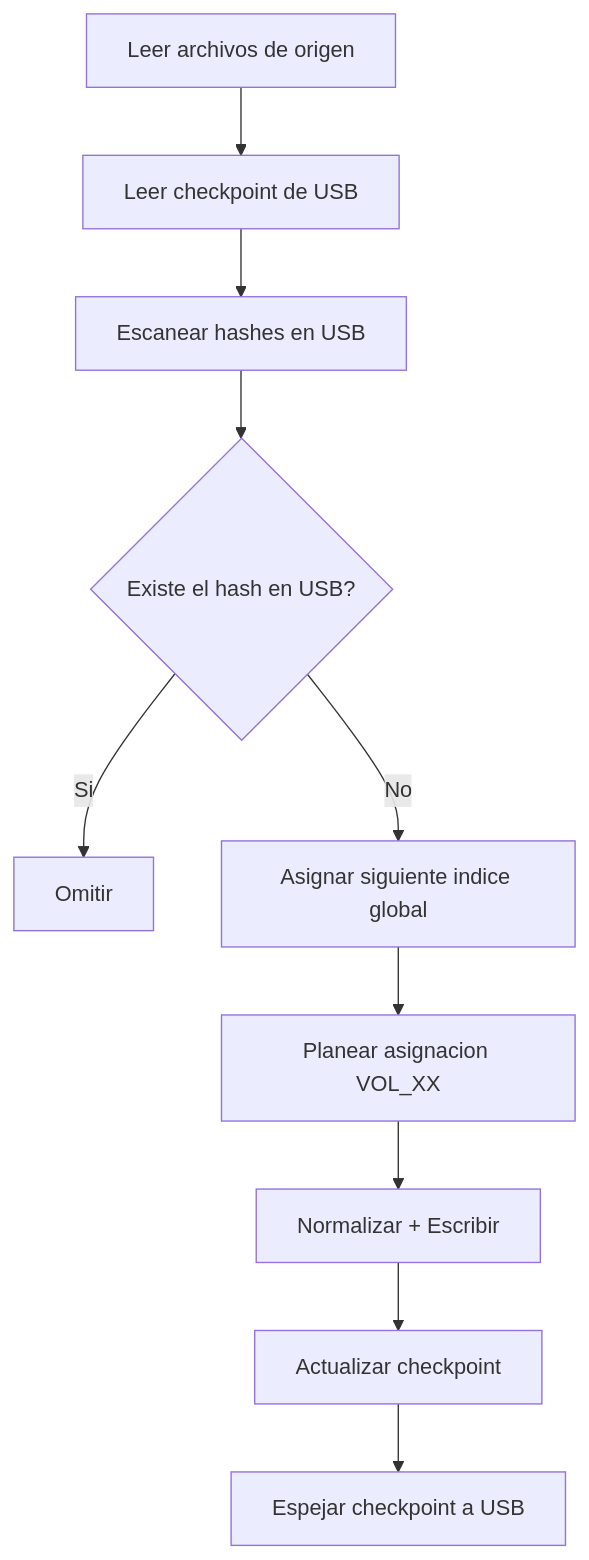
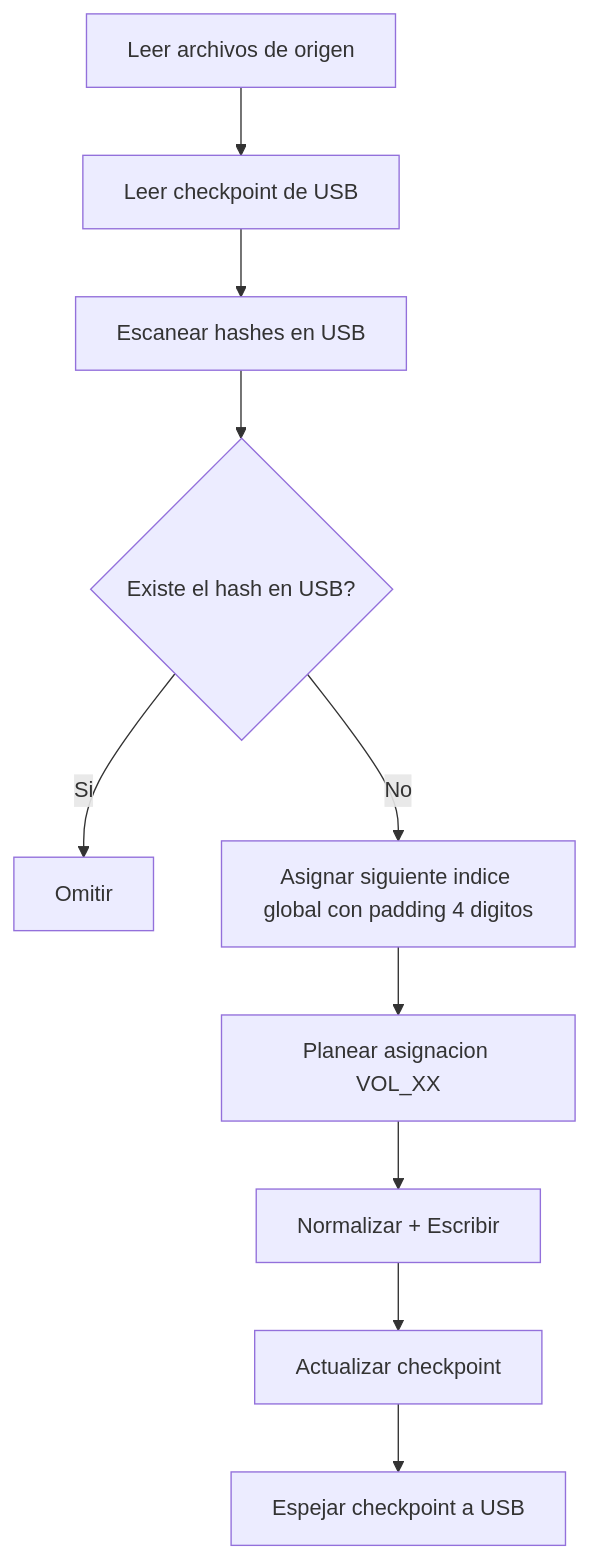
Before and after one commit to luisrc722/legacy-audio-provisioner: the diagram in docs/spec/OPERATIONAL_DECISIONS.md, drawn with Mermaid. The commit also changed other lines of this file, not shown here.

````diff
--- a/docs/spec/OPERATIONAL_DECISIONS.md
+++ b/docs/spec/OPERATIONAL_DECISIONS.md
@@ -152,12 +228,12 @@
 ```mermaid
 flowchart TD
     A[Leer archivos de origen] --> B[Leer checkpoint de USB]
     B --> C[Escanear hashes en USB]
     C --> D{Existe el hash en USB?}
     D -- Si --> E[Omitir]
-    D -- No --> F[Asignar siguiente indice global]
+    D -- No --> F[Asignar siguiente indice global con padding 4 digitos]
     F --> G[Planear asignacion VOL_XX]
     G --> H[Normalizar + Escribir]
     H --> I[Actualizar checkpoint]
     I --> J[Espejar checkpoint a USB]
 ```
````
